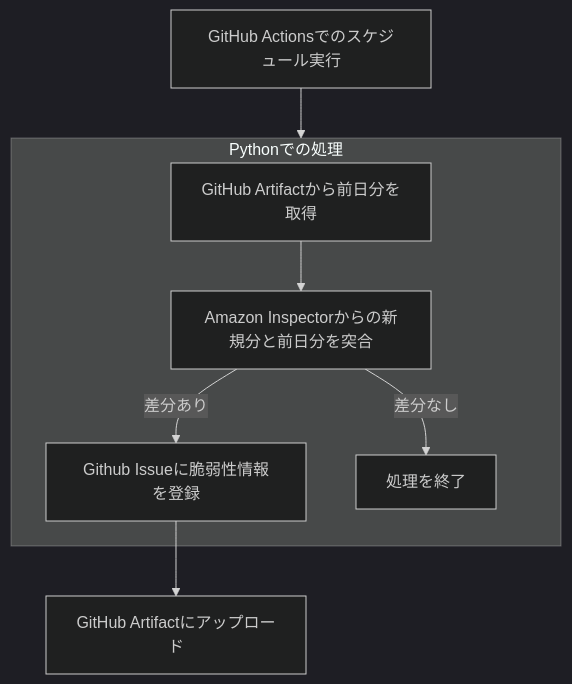
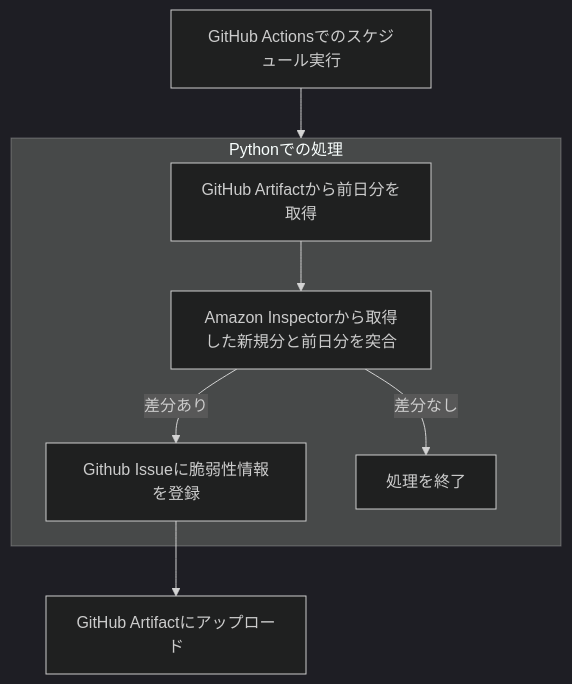
The diagram in README.md (yjszk/inspector-to-github-issue), drawn with Mermaid (dark theme) before and after one commit.

````diff
--- a/README.md
+++ b/README.md
@@ -10,15 +10,15 @@
 ```mermaid
 graph TD
 
 A[GitHub Actionsでのスケジュール実行] --> Pythonでの処理
 
 subgraph Pythonでの処理
   B[GitHub Artifactから前日分を取得]
-  B --> C[Amazon Inspectorからの新規分と前日分を突合]
+  B --> C[Amazon Inspectorから取得した新規分と前日分を突合]
   C -- 差分あり --> D[Github Issueに脆弱性情報を登録]
   C -- 差分なし --> F[処理を終了]
 end
 
 D --> H[GitHub Artifactにアップロード]
 
 ```
````
